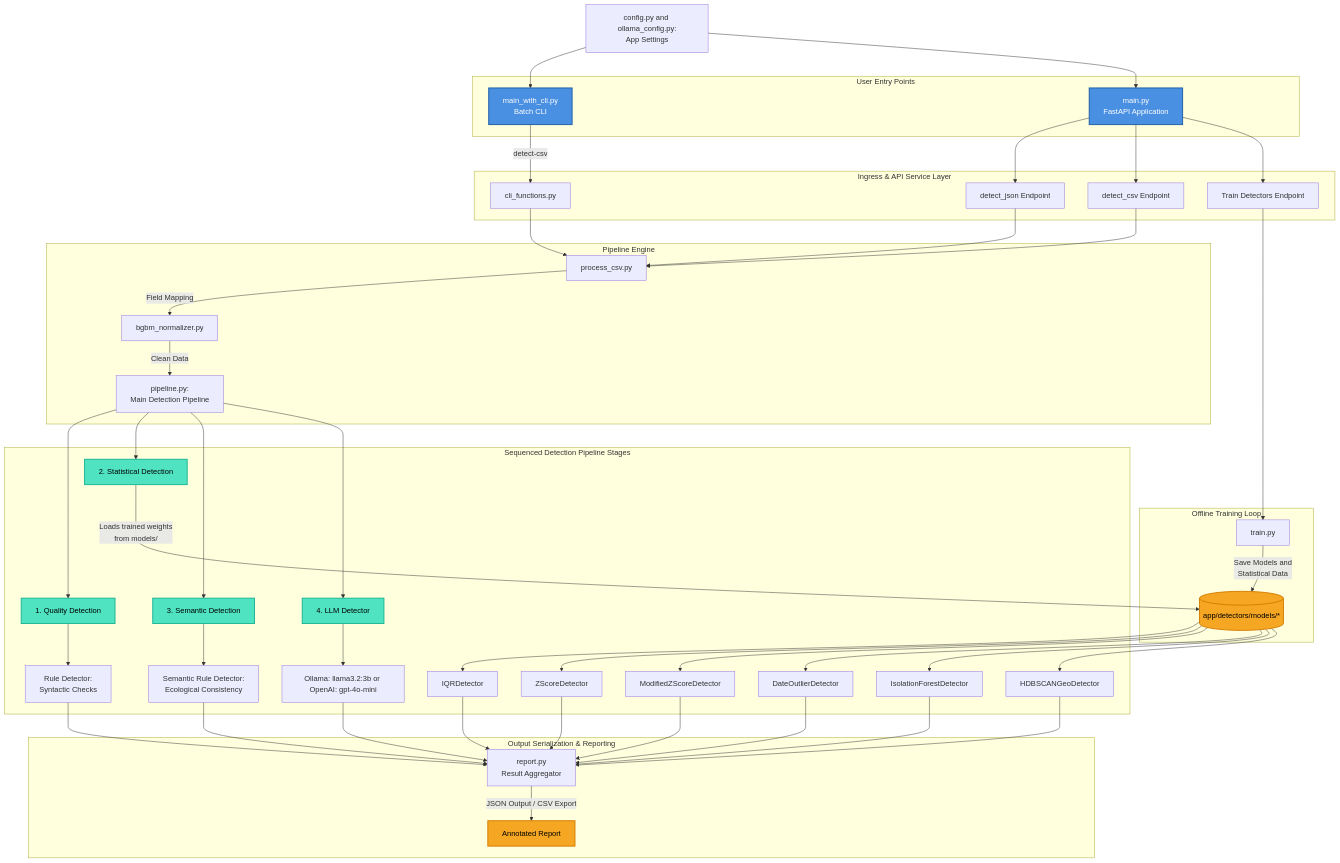
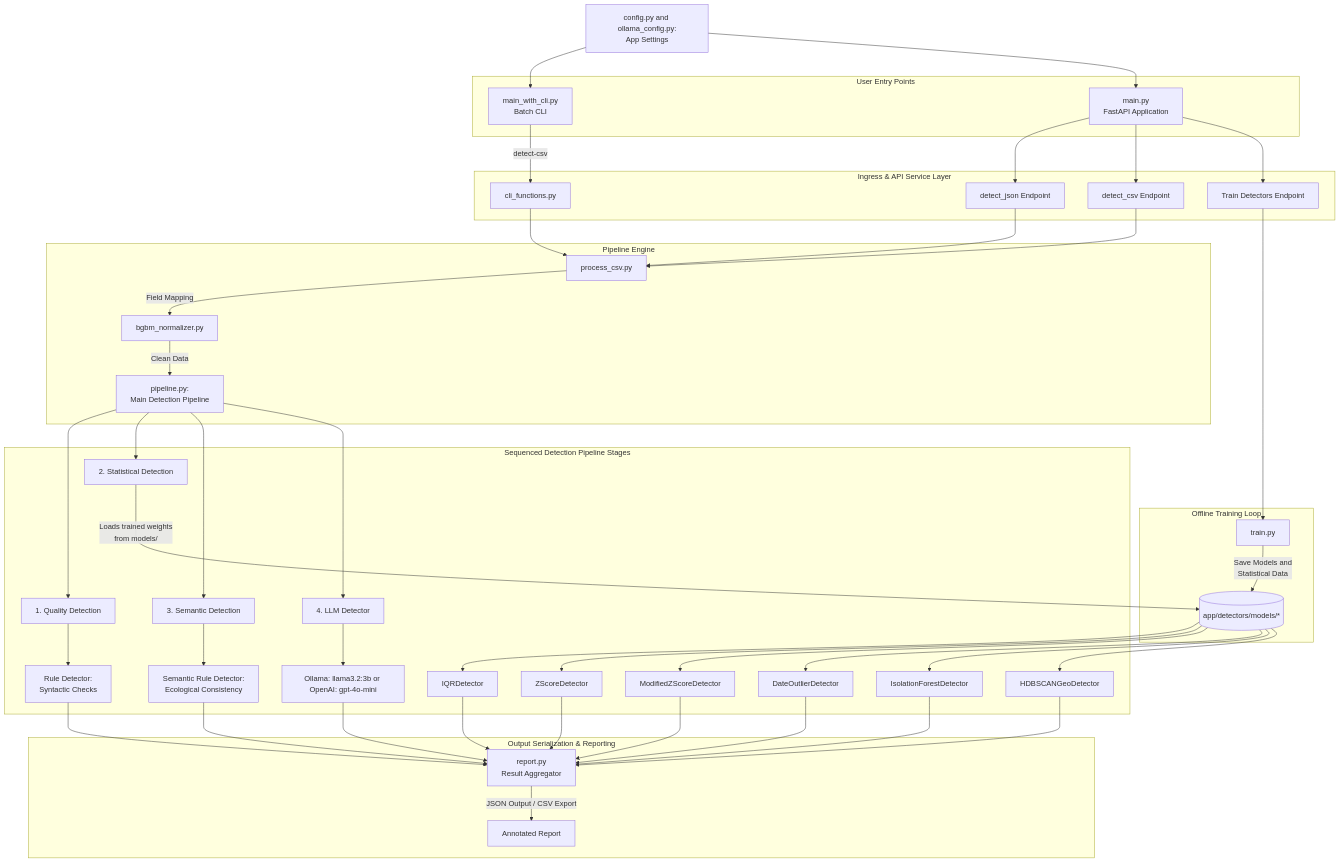
One commit to biodivportal/BiodivPipeline changed the diagram in modules/local/outlier_detect/README.md. Above: the diagram before and after it, drawn with Mermaid. The commit also changed 2 other files, not shown here.

Commit message:
docs(mermaid): fix broken diagram + neutralise diagram colors
- architecture.md: quote the WP3->ASSEMBLE edge label so its parentheses
  stop breaking GitHub's mermaid parser (diagram now renders).
- Remove all colour styling (classDef fills/strokes, ::: classes) from the
  architecture, outlier_detect, and taxonomy_classify diagrams for a neutral
  theme; keep only a neutral dashed outline on skippable stages.
- Update legend/prose that referenced colours (Green/Orange -> role names;
  'White nodes' -> 'Hexagon nodes').

````diff
--- a/modules/local/outlier_detect/README.md
+++ b/modules/local/outlier_detect/README.md
@@ -115,79 +115,70 @@
 ```mermaid
 graph TD
-    %% Base Styling Definitions
-    classDef api fill:#4a90e2,stroke:#1d5da3,stroke-width:2px,color:#fff;
-    classDef pipeline fill:#50e3c2,stroke:#1bb394,stroke-width:2px,color:#000;
-    classDef modelFile fill:#f5a623,stroke:#d47d00,stroke-width:2px,color:#000;
-    classDef fallback fill:#eaeaea,stroke:#b5b5b5,stroke-width:1px,color:#333;
-    classDef data fill:#f5a623,stroke:#d47d00,stroke-width:2px,color:#000;
-
     %% Configuration & Settings Load
     C[config.py and ollama_config.py:<br>App Settings] --> M1
     C --> M2
 
     %% User Entry Points
     subgraph Client_Interface [User Entry Points]
-        M1[main_with_cli.py<br>Batch CLI]:::api
-        M2[main.py<br>FastAPI Application]:::api
+        M1[main_with_cli.py<br>Batch CLI]
+        M2[main.py<br>FastAPI Application]
     end
 
     %% Ingress Payloads & Routing Architecture (Train moved to the right)
     subgraph FastAPI_Endpoints [Ingress & API Service Layer]
         M1 -->|detect-csv| F[cli_functions.py]
         
         D[detect_json Endpoint]
         E[detect_csv Endpoint]
         G[Train Detectors Endpoint]
 
         M2 --> D
         M2 --> E
         M2 --> G
     end
 
     %% Training State Mechanism (Shifted right below G)
     subgraph Offline_Training_State [Offline Training Loop]
         G --> K[train.py]
-        K -->|Save Models and<br>Statistical Data| L[(app/detectors/models/*)]:::modelFile
+        K -->|Save Models and<br>Statistical Data| L[(app/detectors/models/*)]
     end
 
     %% Normalization & Pipeline Engine
     subgraph Core_Engine [Pipeline Engine]
         D --> H[process_csv.py]
         E --> H
         F --> H
         H -->|Field Mapping| I[bgbm_normalizer.py]
         I -->|Clean Data| J[pipeline.py:<br> Main Detection Pipeline]
     end
 
     %% Invisible layout link to pull the Engine section down uniformly
     L ~~~ H
 
     %% Internal Sequenced Detector Logic
     subgraph Pipeline_Execution_Stages [Sequenced Detection Pipeline Stages]
         J --> Stage1[1. Quality Detection]
         Stage1 -->S1A[Rule Detector:<br>Syntactic Checks]
         
         J --> Stage2[2. Statistical Detection]
         Stage2 --->|Loads trained weights<br>from models/| L
         L --> S2A[IQRDetector]
         L --> S2B[ZScoreDetector]
         L --> S2C[ModifiedZScoreDetector]
         L --> S2D[DateOutlierDetector]
         L --> S2E[IsolationForestDetector]
         L --> S2F[HDBSCANGeoDetector]
         
         J --> Stage3[3. Semantic Detection]
         Stage3 --> S3A[Semantic Rule Detector:<br>Ecological Consistency]
         
         J --> Stage4["4. LLM Detector"]
         Stage4 -->N[Ollama: llama3.2:3b or OpenAI: gpt-4o-mini]
     end
 
     %% Output Serialization & Reporting
     subgraph Output_Aggregation [Output Serialization & Reporting]
         S1A & S2A & S2B & S2C & S2D & S2E & S2F & S3A & N --> O[report.py<br>Result Aggregator]
-        O -->|JSON Output / CSV Export| Q[Annotated Report]:::data
+        O -->|JSON Output / CSV Export| Q[Annotated Report]
     end
-
-    class Stage1,Stage2,Stage3,Stage4 pipeline;
 ```
````
